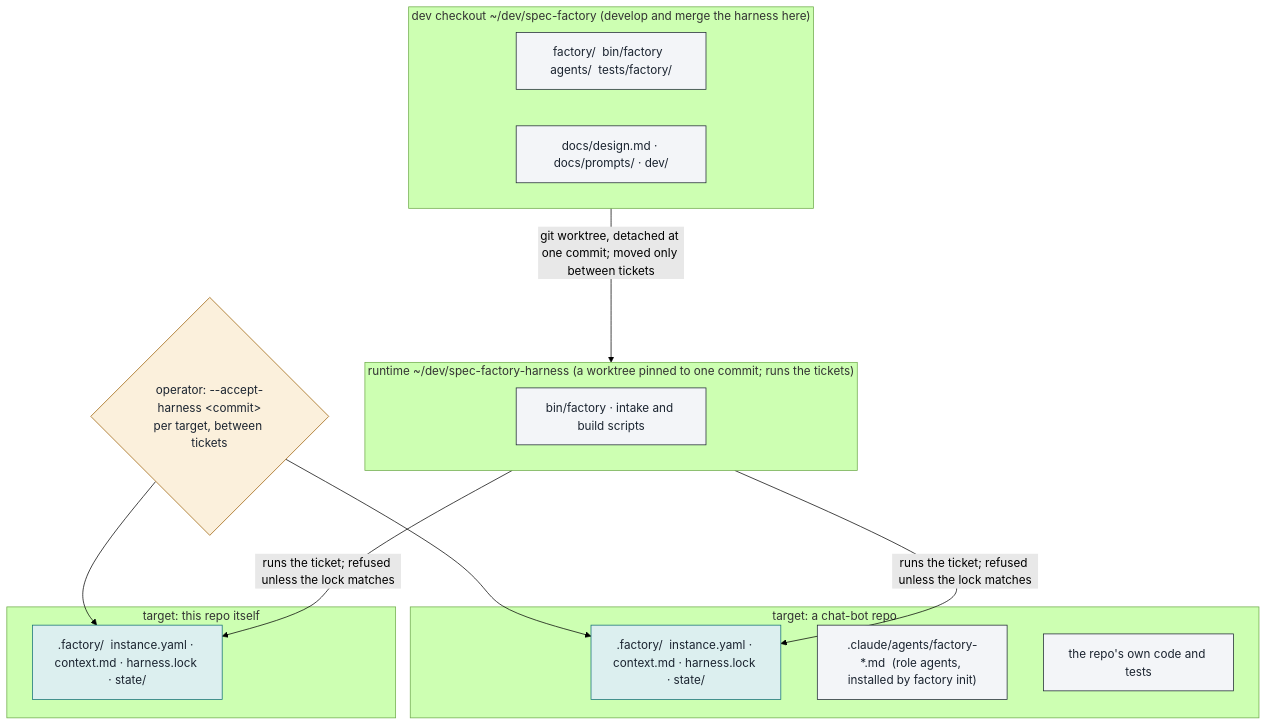
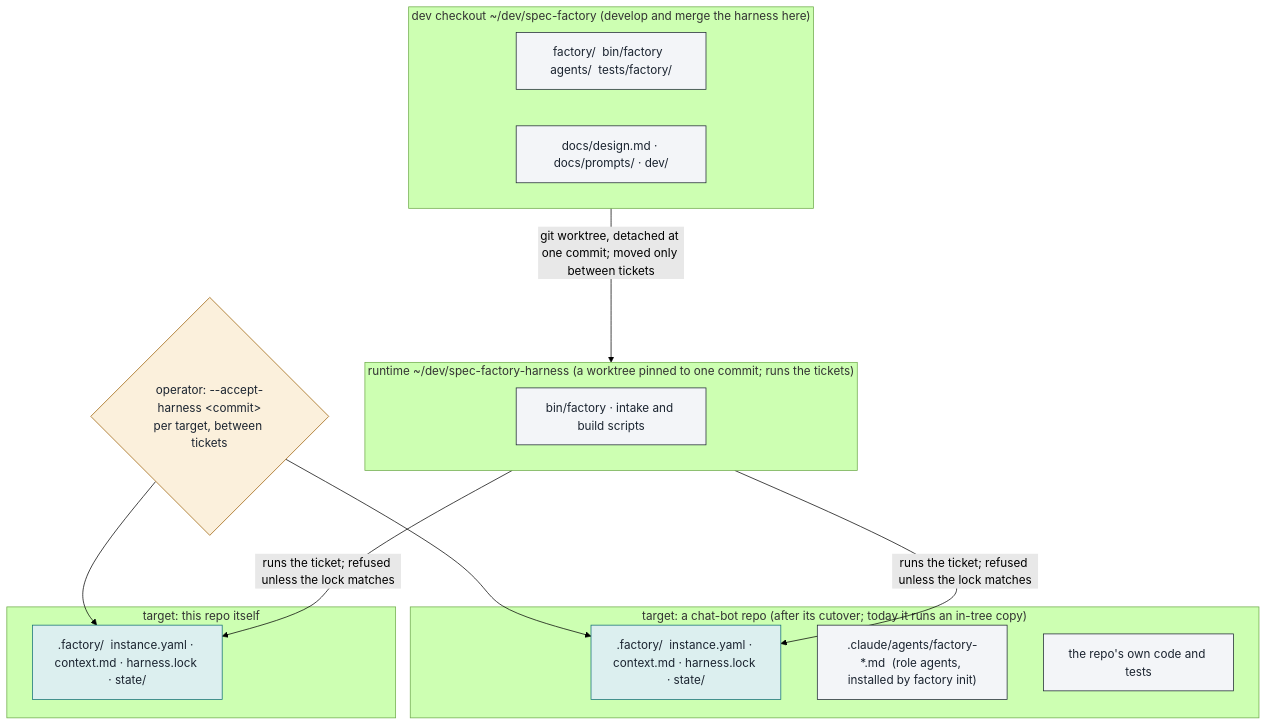
One commit to danielphang/spec-factory changed the second of 2 diagrams in README.md. Above: the diagram before and after it, drawn with Mermaid (forest theme). The commit also changed other lines of this file, not shown here.

First line of the commit message:
README: instance A is not cut over yet (three places said it was); the catch-up bound is on runs that fail to merge main in

````diff
--- a/README.md
+++ b/README.md
@@ -165,29 +166,29 @@
 ```mermaid
 flowchart TB
   classDef human fill:#fbf0dc,stroke:#9a5b00,color:#1b2430
   classDef code fill:#f3f5f8,stroke:#1b2430,color:#1b2430
   classDef store fill:#dcefef,stroke:#0f6e73,color:#1b2430
 
   subgraph DEV["dev checkout  ~/dev/spec-factory  (develop and merge the harness here)"]
     D1["factory/  bin/factory  agents/  tests/factory/"]:::code
     D2["docs/design.md · docs/prompts/ · dev/"]:::code
   end
   subgraph RT["runtime  ~/dev/spec-factory-harness  (a worktree pinned to one commit; runs the tickets)"]
     R1["bin/factory · intake and build scripts"]:::code
   end
   DEV -- "git worktree, detached at one commit; moved only between tickets" --> RT
 
-  subgraph A["target: a chat-bot repo"]
+  subgraph A["target: a chat-bot repo  (after its cutover; today it runs an in-tree copy)"]
     A1[".factory/  instance.yaml · context.md · harness.lock · state/"]:::store
     A2[".claude/agents/factory-*.md  (role agents, installed by factory init)"]:::code
     A3["the repo's own code and tests"]:::code
   end
   subgraph Bx["target: this repo itself"]
     B1[".factory/  instance.yaml · context.md · harness.lock · state/"]:::store
   end
   RT -- "runs the ticket; refused unless the lock matches" --> A1
   RT -- "runs the ticket; refused unless the lock matches" --> B1
   L{"operator: --accept-harness &lt;commit&gt;<br/>per target, between tickets"}:::human
   L --> A1
   L --> B1
 ```
````
